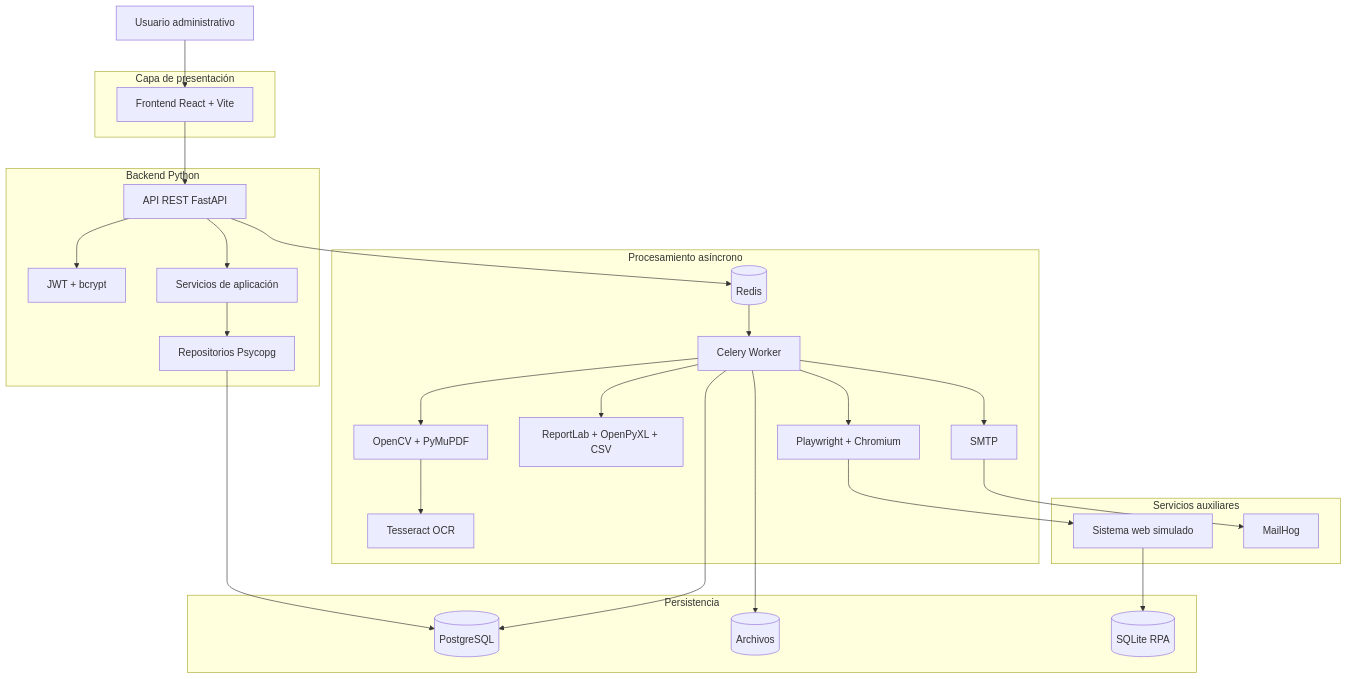
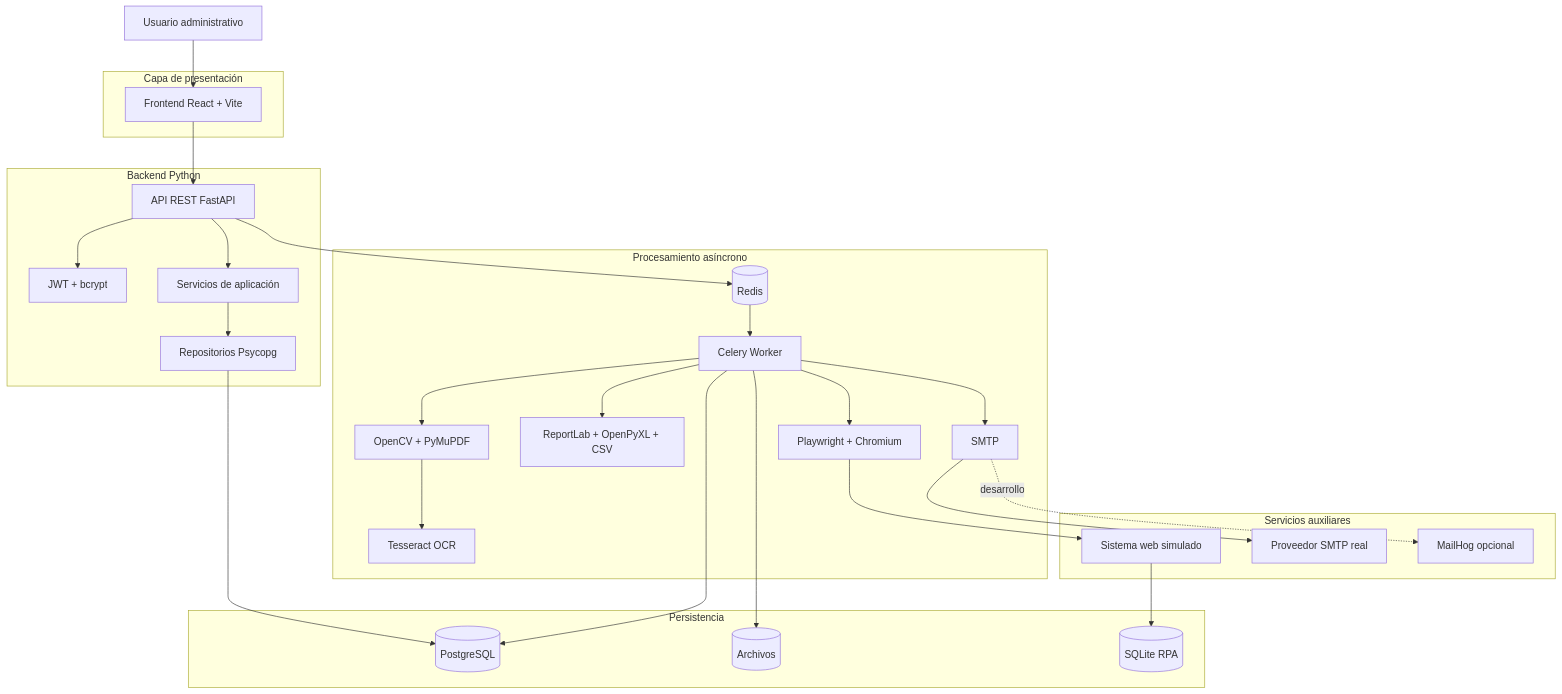
One commit to NelsonCun/applied-ai-systems changed the diagram in Practica_3/docs/diagramas/arquitectura.mmd. Above: the diagram before and after it, drawn with Mermaid. The commit also changed 30 other files, not shown here.

Commit message:
Finalizar documentacion y diagramas de SmartInvoice

```diff
--- a/Practica_3/docs/diagramas/arquitectura.mmd
+++ b/Practica_3/docs/diagramas/arquitectura.mmd
@@ -1,53 +1,55 @@
 flowchart TB
     USER["Usuario administrativo"]
 
     subgraph PRESENTACION["Capa de presentación"]
         FE["Frontend React + Vite"]
     end
 
     subgraph BACKEND["Backend Python"]
         API["API REST FastAPI"]
         AUTH["JWT + bcrypt"]
         SERVICES["Servicios de aplicación"]
         REPOSITORIES["Repositorios Psycopg"]
     end
 
     subgraph ASINCRONO["Procesamiento asíncrono"]
         REDIS[("Redis")]
         WORKER["Celery Worker"]
         CV["OpenCV + PyMuPDF"]
         OCR["Tesseract OCR"]
         REPORTS["ReportLab + OpenPyXL + CSV"]
         RPABOT["Playwright + Chromium"]
         EMAIL["SMTP"]
     end
 
     subgraph PERSISTENCIA["Persistencia"]
         POSTGRES[("PostgreSQL")]
         FILES[("Archivos")]
         SQLITE[("SQLite RPA")]
     end
 
     subgraph AUXILIARES["Servicios auxiliares"]
         TARGET["Sistema web simulado"]
-        MAILHOG["MailHog"]
+        SMTP_PROVIDER["Proveedor SMTP real"]
+        MAILHOG["MailHog opcional"]
     end
 
     USER --> FE
     FE --> API
     API --> AUTH
     API --> SERVICES
     SERVICES --> REPOSITORIES
     REPOSITORIES --> POSTGRES
     API --> REDIS
     REDIS --> WORKER
     WORKER --> CV
     CV --> OCR
     WORKER --> REPORTS
     WORKER --> RPABOT
     WORKER --> EMAIL
     WORKER --> POSTGRES
     WORKER --> FILES
     RPABOT --> TARGET
     TARGET --> SQLITE
-    EMAIL --> MAILHOG
+    EMAIL --> SMTP_PROVIDER
+    EMAIL -. desarrollo .-> MAILHOG
```
